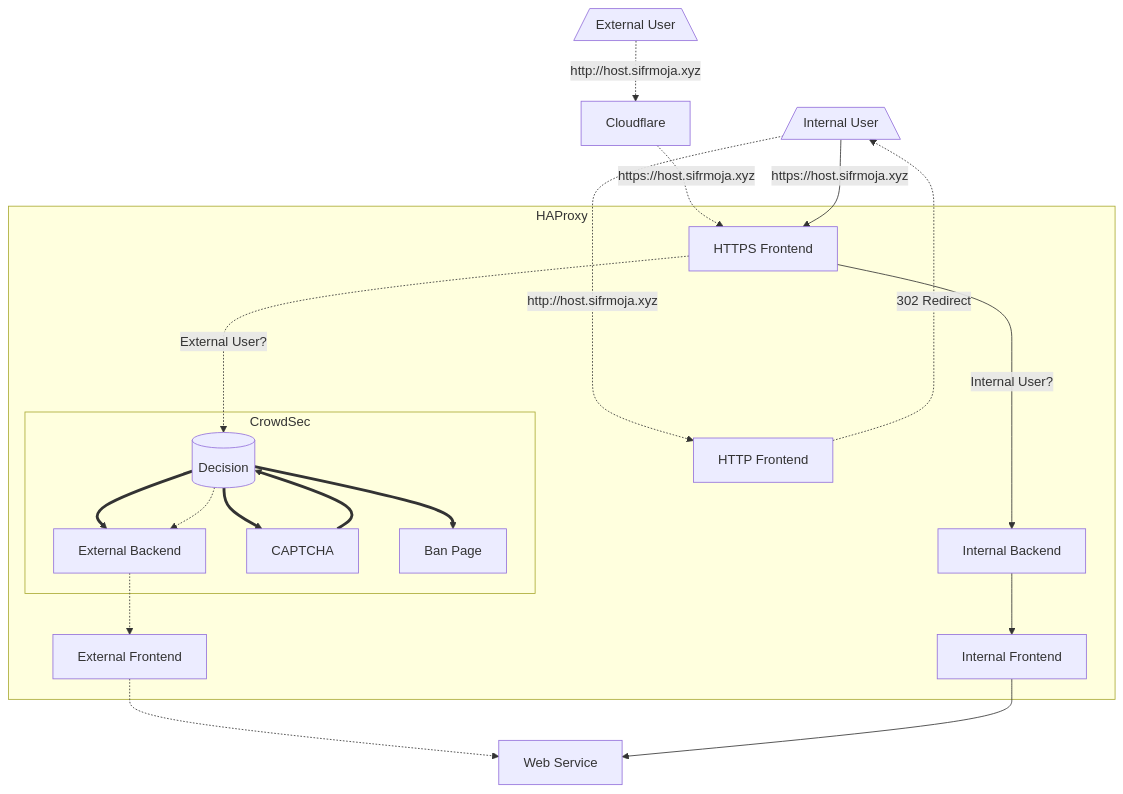
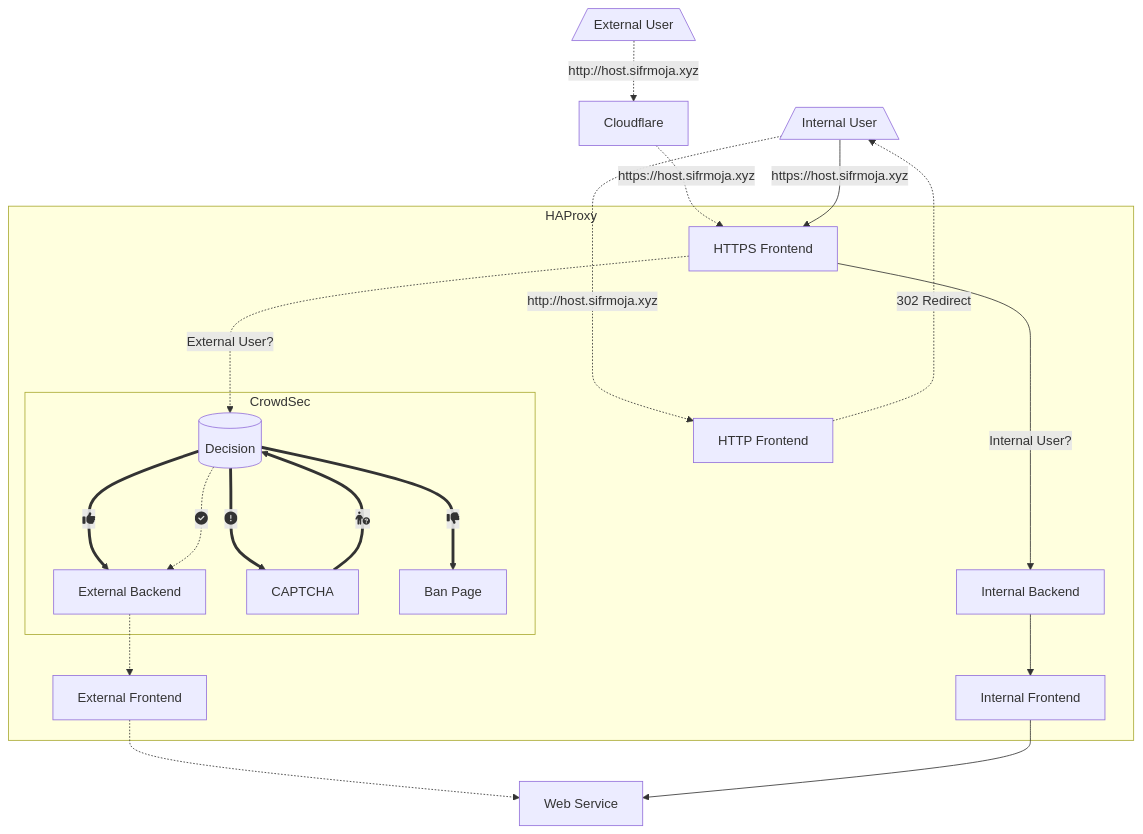
One commit to ciphermenial/ciphermenial.github.io changed the diagram in _posts/2022-07-19-my-haproxy-config.md. Above: the diagram before and after it, drawn with Mermaid.

Commit message:
Revert "Update 2022-07-19-my-haproxy-config.md"

````diff
--- a/_posts/2022-07-19-my-haproxy-config.md
+++ b/_posts/2022-07-19-my-haproxy-config.md
@@ -28,42 +28,42 @@
 ```mermaid
 graph TD
   ExtUsr[/External User\]
   IntUsr[/Internal User\]
   Cloudflare
   HTTP[HTTP Frontend]
   HTTPS[HTTPS Frontend]
   IntBackend[Internal Backend]
   IntFrontend[Internal Frontend]
   ExtBackend[External Backend]
   ExtFrontend[External Frontend]
   CS_Decision[(Decision)]
   CS_CAPTCHA[CAPTCHA]
   CS_Ban[Ban Page]
   Server[Web Service]
 
   ExtUsr -."http://host.sifrmoja.xyz".-> Cloudflare
   Cloudflare -."https://host.sifrmoja.xyz".-> HTTPS
   IntUsr --"https://host.sifrmoja.xyz"--> HTTPS
   IntUsr -."http://host.sifrmoja.xyz".-> HTTP
   HTTP -."302 Redirect"...-> IntUsr
 
   subgraph HAProxy
     HTTP
     HTTPS --"Internal User?"--> IntBackend
     ExtBackend -.-> ExtFrontend
     IntBackend --> IntFrontend
     HTTPS -."External User?"..-> CS_Decision
 
     subgraph CrowdSec
-      CS_Decision ==> CS_CAPTCHA
-      CS_Decision ==> CS_Ban
-      CS_CAPTCHA ==> CS_Decision
-      CS_Decision ==> ExtBackend
+      CS_Decision ==fa:fa-circle-exclamation===> CS_CAPTCHA
+      CS_Decision ==fa:fa-thumbs-down===> CS_Ban
+      CS_CAPTCHA ==fa:fa-person-circle-question===> CS_Decision
+      CS_Decision ==fa:fa-thumbs-up===> ExtBackend
 
     end
   end
 
- CS_Decision -.-> ExtBackend
+ CS_Decision -.fa:fa-circle-check.-> ExtBackend
  ExtFrontend -.-> Server
  IntFrontend --> Server
 ```
````
